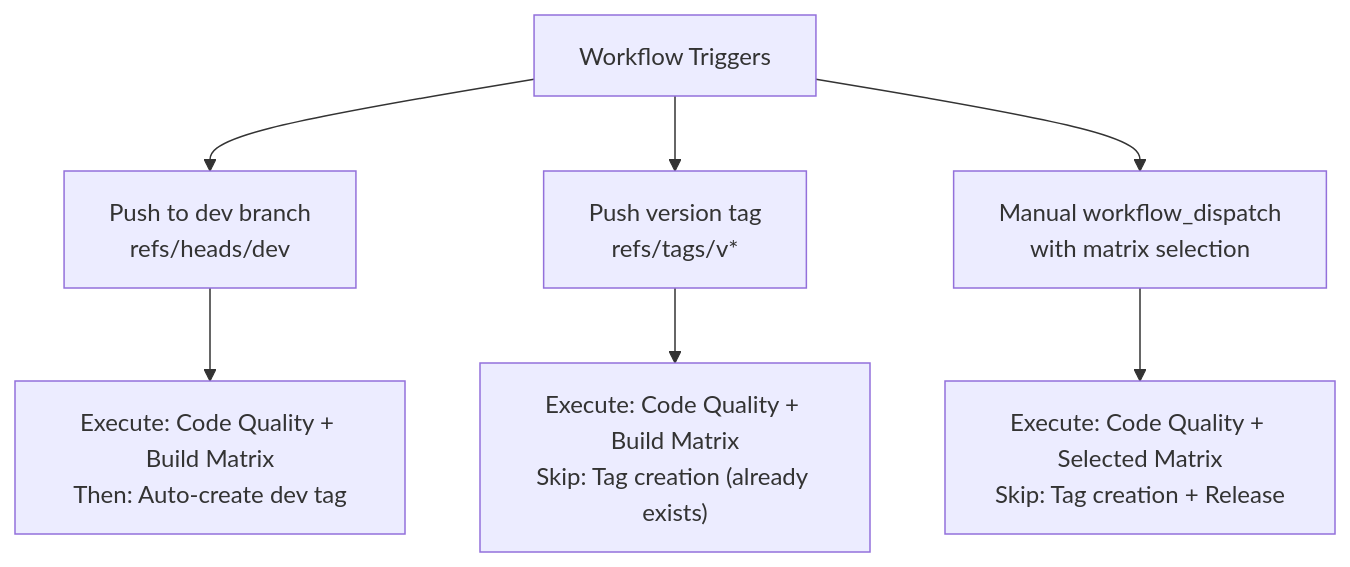
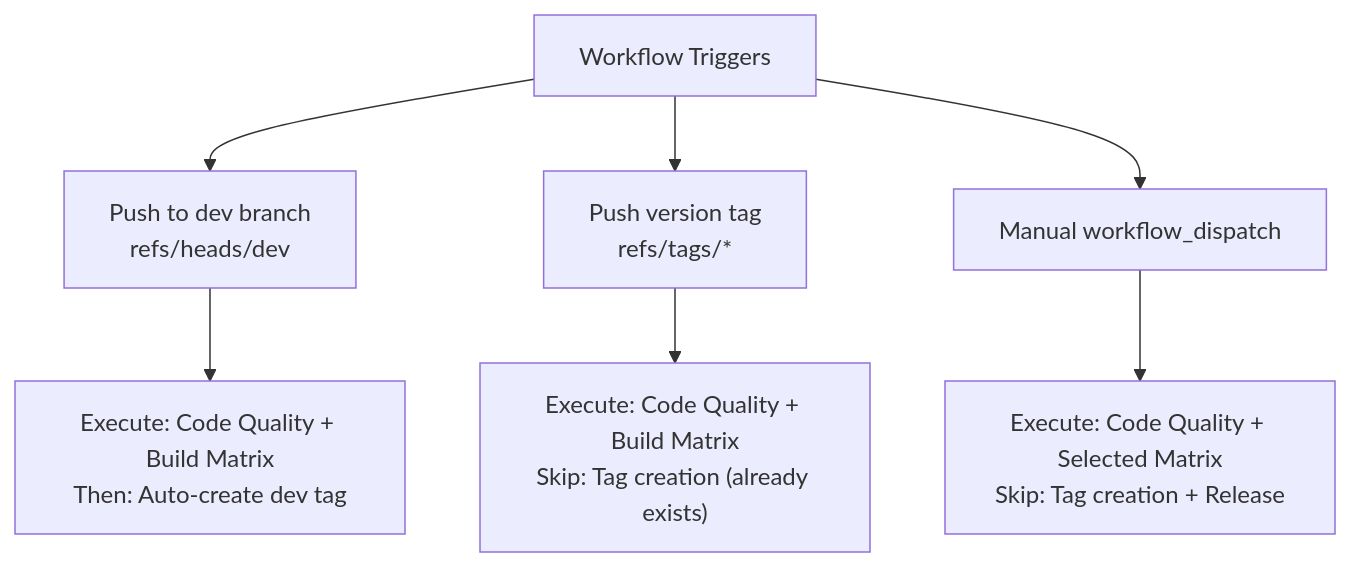
The first of 2 diagrams in docs/iOfficeAI_AionUi/build-and-deployment/build-pipeline.md (blackcater/zentree), drawn with Mermaid before and after one commit. The commit also changed other lines of this file and 232 other files, not shown here.

````diff
--- a/docs/iOfficeAI_AionUi/build-and-deployment/build-pipeline.md
+++ b/docs/iOfficeAI_AionUi/build-and-deployment/build-pipeline.md
@@ -29,20 +54,20 @@
 ```mermaid
 graph TB
     Triggers["Workflow Triggers"]
-
+    
     DevPush["Push to dev branch<br/>refs/heads/dev"]
-    TagPush["Push version tag<br/>refs/tags/v*"]
-    Manual["Manual workflow_dispatch<br/>with matrix selection"]
-
+    TagPush["Push version tag<br/>refs/tags/*"]
+    Manual["Manual workflow_dispatch"]
+    
     DevAction["Execute: Code Quality + Build Matrix<br/>Then: Auto-create dev tag"]
     TagAction["Execute: Code Quality + Build Matrix<br/>Skip: Tag creation (already exists)"]
     ManualAction["Execute: Code Quality + Selected Matrix<br/>Skip: Tag creation + Release"]
-
+    
     Triggers --> DevPush
     Triggers --> TagPush
     Triggers --> Manual
-
+    
     DevPush --> DevAction
     TagPush --> TagAction
     Manual --> ManualAction
 ```
````
